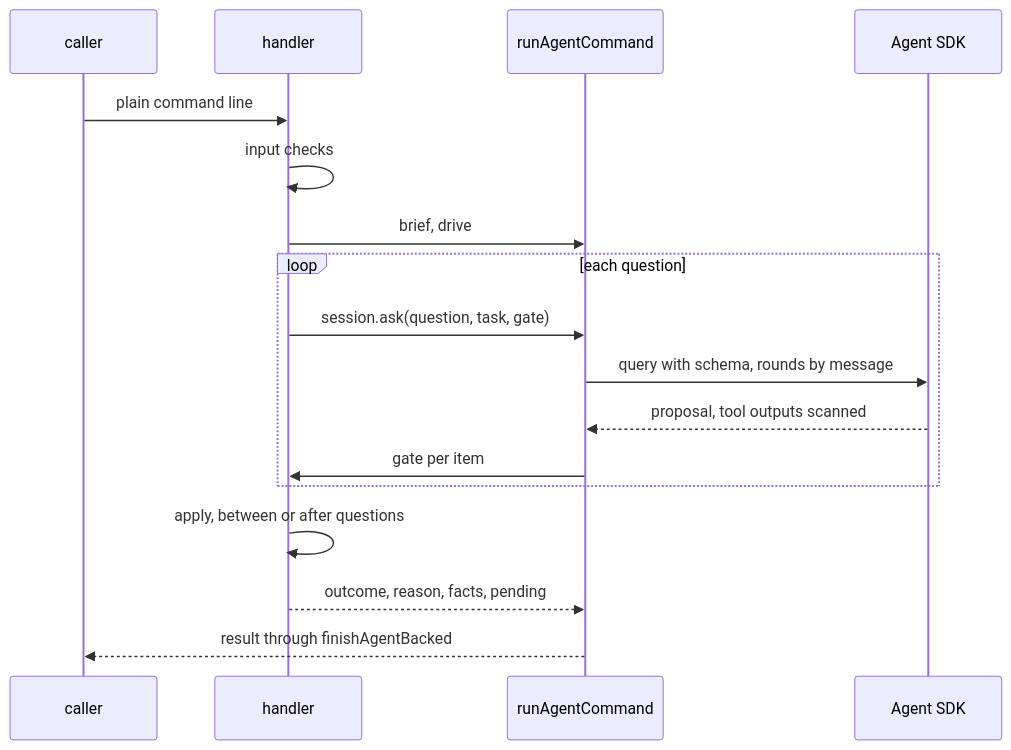
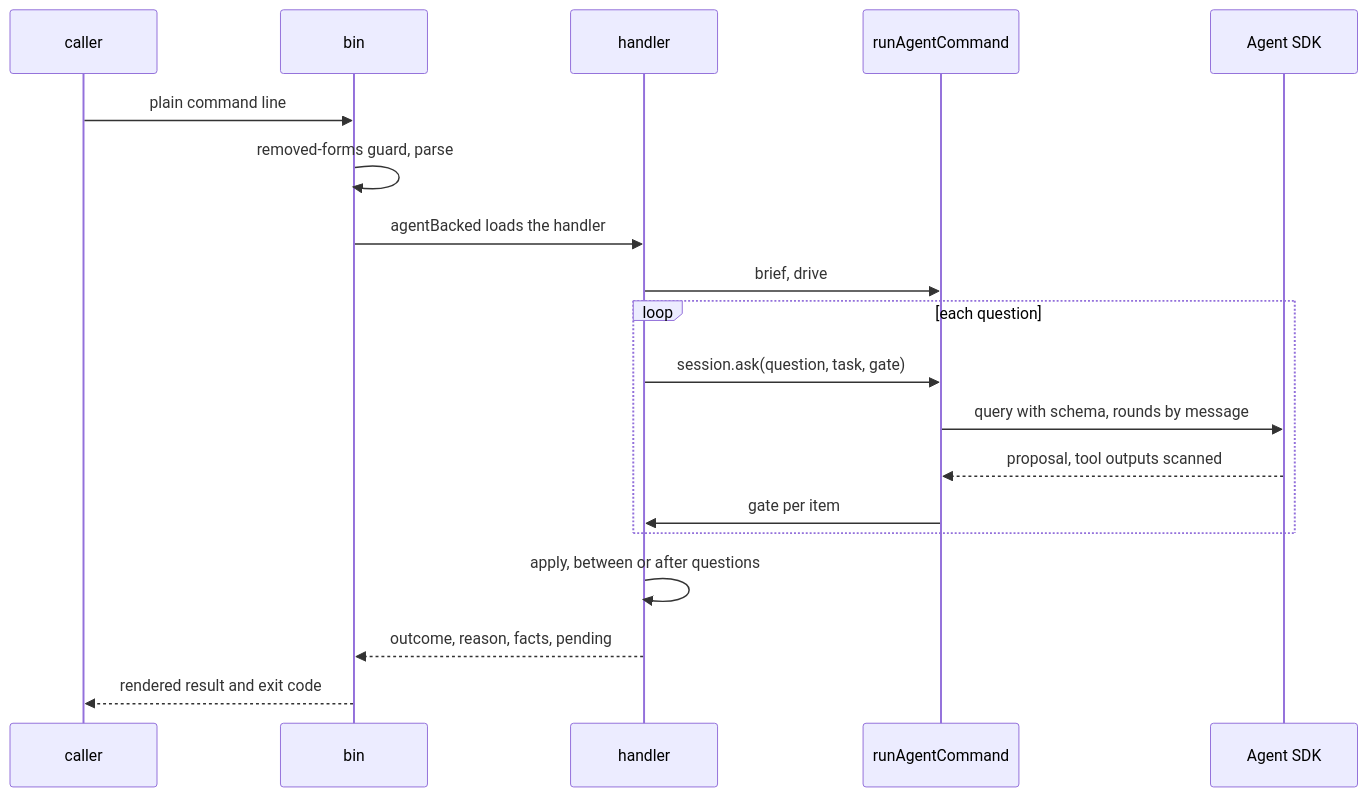
One commit to forwardimpact/monorepo changed the second of 2 diagrams in specs/2410-agent-backed-commands/design-a.md. Above: the diagram before and after it, drawn with Mermaid. The commit also changed other lines of this file and 1 other file, not shown here.

````diff
--- a/specs/2410-agent-backed-commands/design-a.md
+++ b/specs/2410-agent-backed-commands/design-a.md
@@ -64,19 +72,21 @@
 ```mermaid
 sequenceDiagram
     participant C as caller
+    participant B as bin
     participant D as handler
     participant R as runAgentCommand
     participant S as Agent SDK
-    C->>D: plain command line
-    D->>D: input checks
+    C->>B: plain command line
+    B->>B: removed-forms guard, parse
+    B->>D: agentBacked loads the handler
     D->>R: brief, drive
     loop each question
         D->>R: session.ask(question, task, gate)
         R->>S: query with schema, rounds by message
         S-->>R: proposal, tool outputs scanned
         R->>D: gate per item
     end
     D->>D: apply, between or after questions
-    D-->>R: outcome, reason, facts, pending
-    R-->>C: result through finishAgentBacked
+    D-->>B: outcome, reason, facts, pending
+    B-->>C: rendered result and exit code
 ```
````
